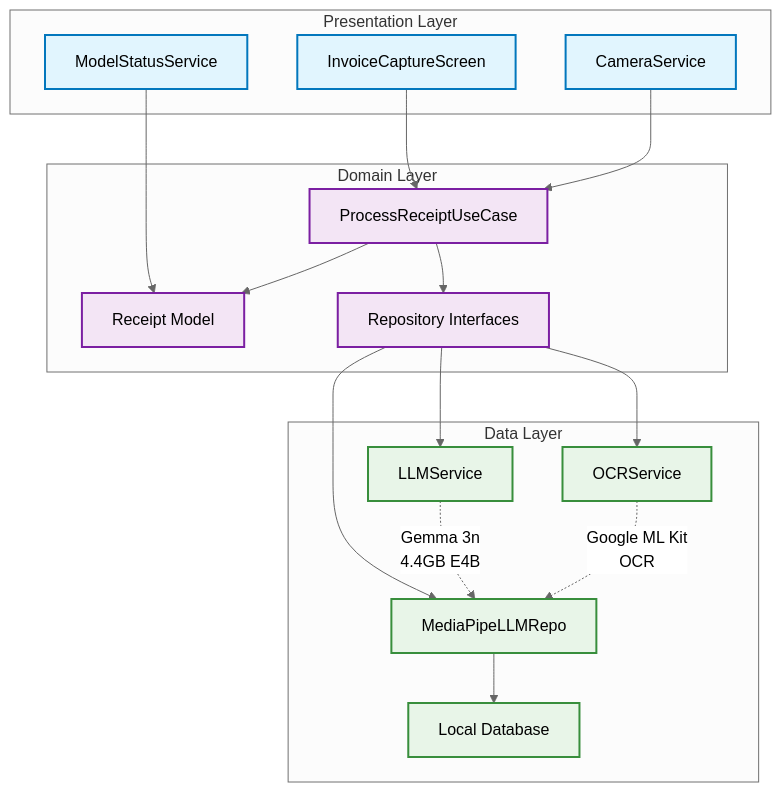
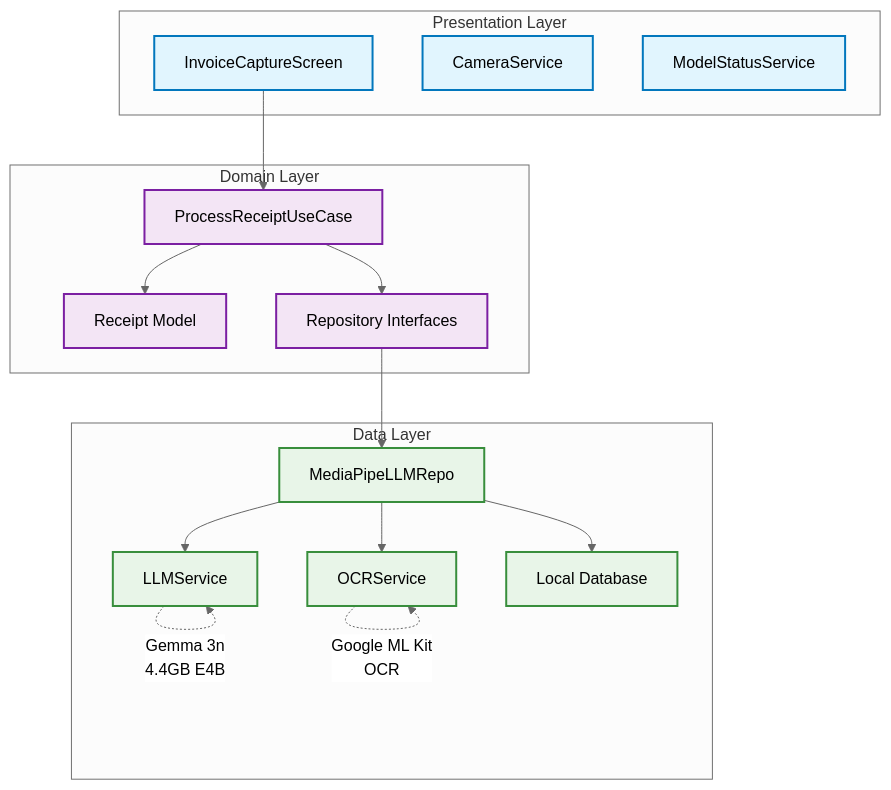
One commit to gryphon2411/Checkstand changed the diagram in docs/TECHNICAL_WRITEUP_BRIEF.md. Above: the diagram before and after it, drawn with Mermaid (neutral theme).

Commit message:
Improve architecture diagram with mermaid

````diff
--- a/docs/TECHNICAL_WRITEUP_BRIEF.md
+++ b/docs/TECHNICAL_WRITEUP_BRIEF.md
@@ -37,41 +37,40 @@
 ```mermaid
-graph TB
+graph TD
     subgraph "Presentation Layer"
         A[InvoiceCaptureScreen]
-        B[CameraService]
+        B[CameraService] 
         C[ModelStatusService]
     end
     
     subgraph "Domain Layer"
         D[ProcessReceiptUseCase]
         E[Receipt Model]
         F[Repository Interfaces]
     end
     
     subgraph "Data Layer"
         G[MediaPipeLLMRepo]
         H[LLMService]
         I[OCRService]
         J[Local Database]
     end
     
     A --> D
-    B --> D
-    C --> E
     D --> E
     D --> F
     F --> G
-    F --> H
-    F --> I
+    G --> H
+    G --> I
     G --> J
-    H -.->|"Gemma 3n<br/>4.4GB E4B"| G
-    I -.->|"Google ML Kit<br/>OCR"| G
+    
+    H -.->|"Gemma 3n<br/>4.4GB E4B"| H
+    I -.->|"Google ML Kit<br/>OCR"| I
     
     classDef presentation fill:#e1f5fe,stroke:#0277bd,stroke-width:2px
     classDef domain fill:#f3e5f5,stroke:#7b1fa2,stroke-width:2px
     classDef data fill:#e8f5e8,stroke:#388e3c,stroke-width:2px
     
     class A,B,C presentation
     class D,E,F domain
     class G,H,I,J data
 ```
````
